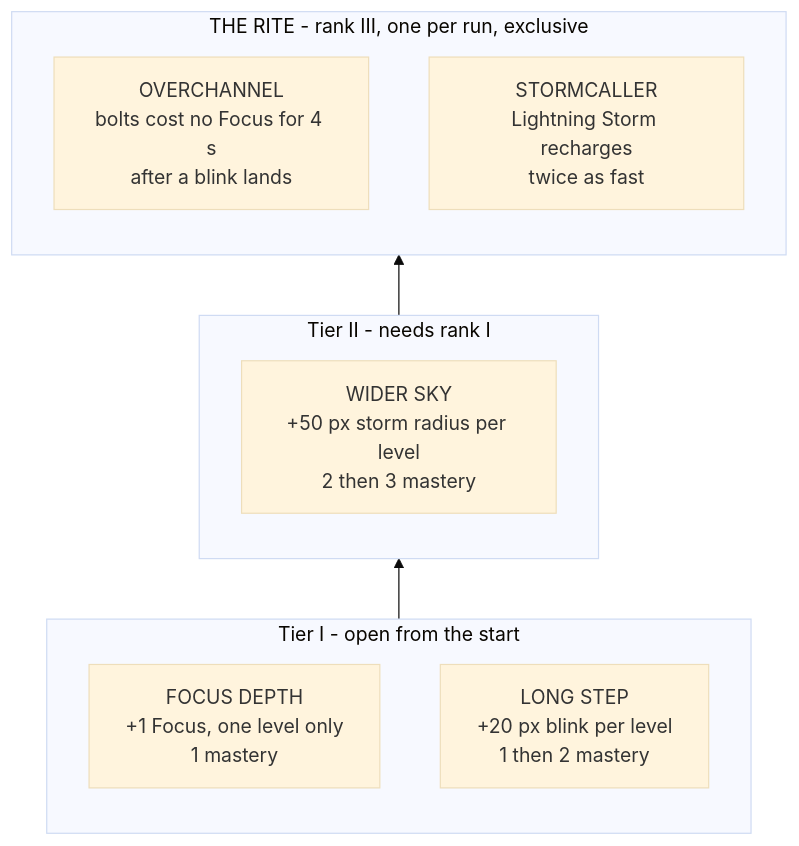
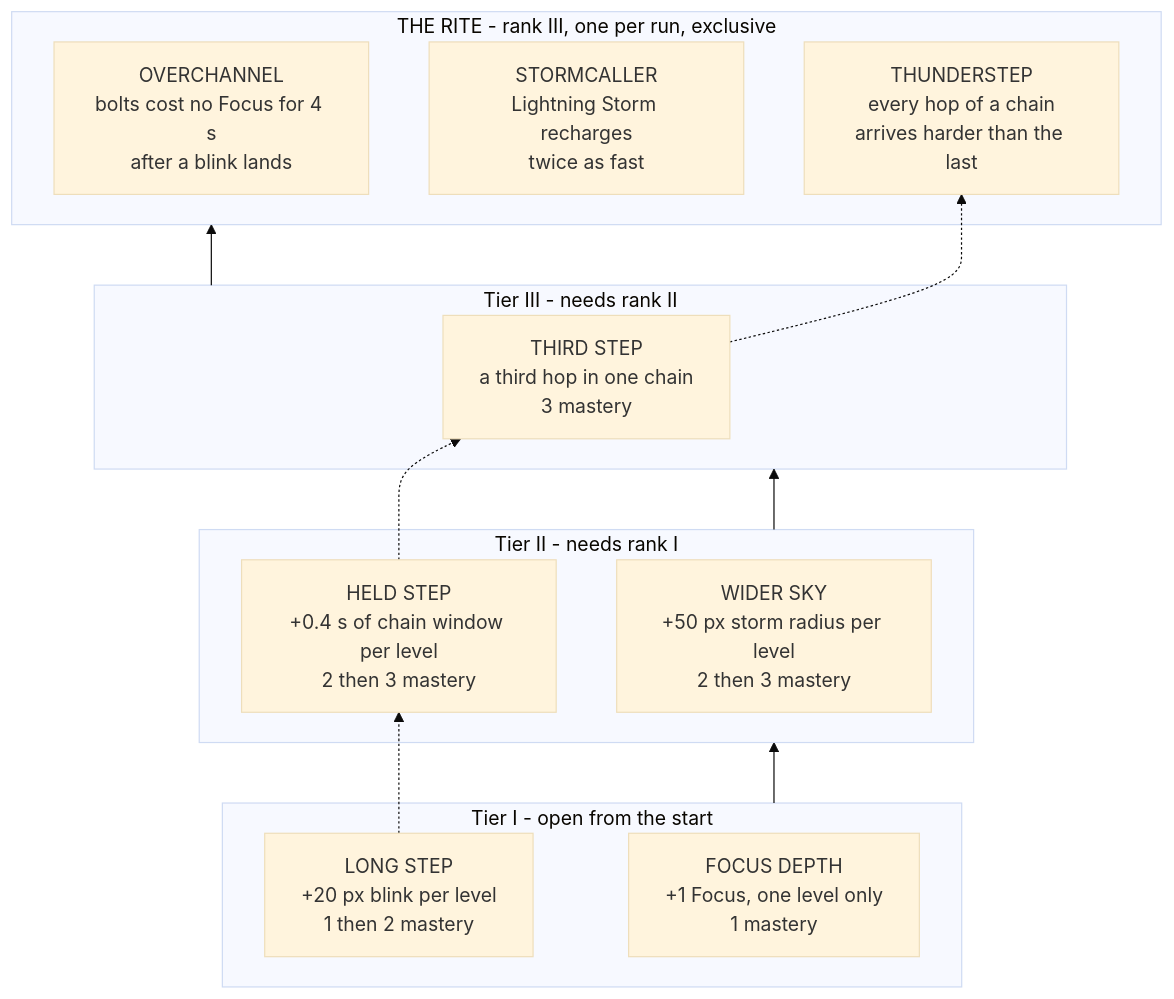
Before and after one commit to MrBisonte/crow-archer: the second of 3 diagrams in docs/talents.md, drawn with Mermaid (base theme). The commit also changed other lines of this file and 78 other files, not shown here.

````diff
--- a/docs/talents.md
+++ b/docs/talents.md
@@ -106,15 +132,21 @@
 ```mermaid
 flowchart BT
     subgraph rite["THE RITE - rank III, one per run, exclusive"]
         oc["OVERCHANNEL\nbolts cost no Focus for 4 s\nafter a blink lands"]
         sc["STORMCALLER\nLightning Storm recharges\ntwice as fast"]
+        ts["THUNDERSTEP\nevery hop of a chain\narrives harder than the last"]
+    end
+    subgraph t3["Tier III - needs rank II"]
+        th["THIRD STEP\na third hop in one chain\n3 mastery"]
     end
     subgraph t2["Tier II - needs rank I"]
         ws["WIDER SKY\n+50 px storm radius per level\n2 then 3 mastery"]
+        hs["HELD STEP\n+0.4 s of chain window per level\n2 then 3 mastery"]
     end
     subgraph t1["Tier I - open from the start"]
         fd["FOCUS DEPTH\n+1 Focus, one level only\n1 mastery"]
         ls["LONG STEP\n+20 px blink per level\n1 then 2 mastery"]
     end
-    t1 --> t2 --> rite
+    t1 --> t2 --> t3 --> rite
+    ls -.-> hs -.-> th -.-> ts
 ```
````
